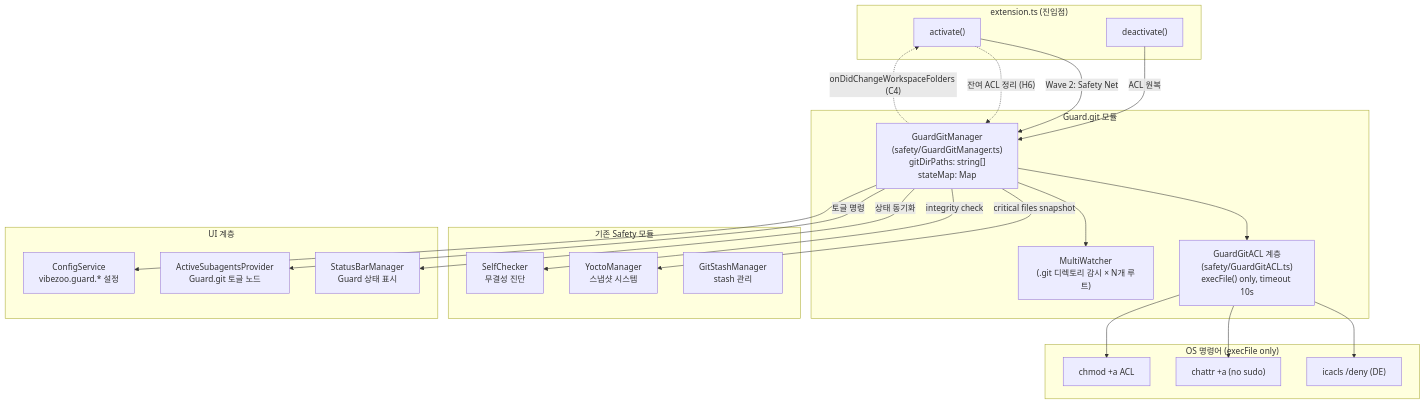
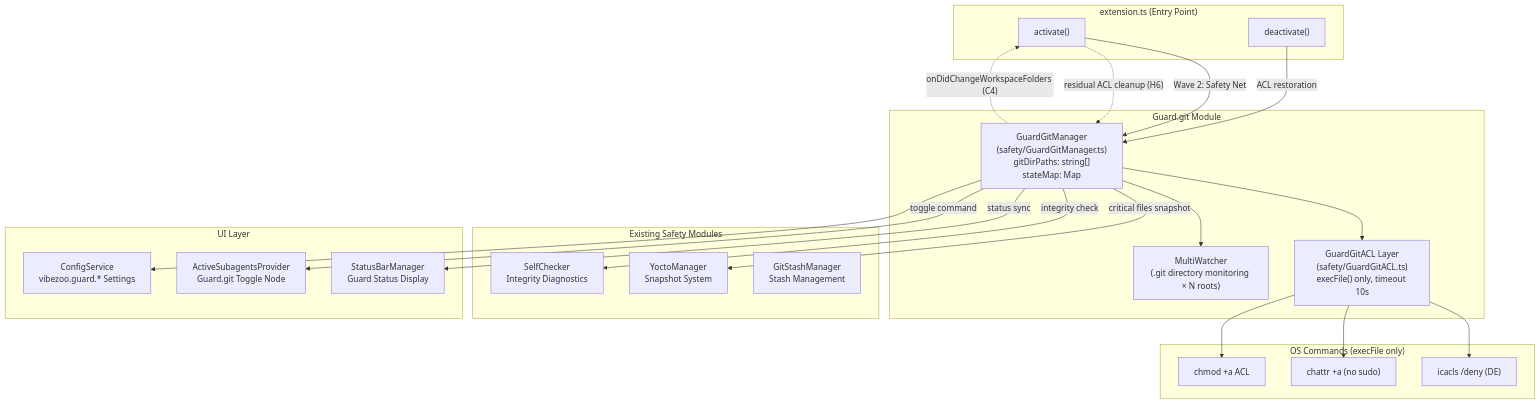
Before and after one commit to myk1yt/VibeZoo: the first of 3 diagrams in plans/guard-git-design.md, drawn with Mermaid. The commit also changed other lines of this file and 17 other files, not shown here.

````diff
--- a/plans/guard-git-design.md
+++ b/plans/guard-git-design.md
@@ -29,46 +29,46 @@
 ```mermaid
 flowchart TB
-    subgraph Extension["extension.ts (진입점)"]
+    subgraph Extension["extension.ts (Entry Point)"]
         activate["activate()"]
         deactivate["deactivate()"]
     end
 
-    subgraph GuardModule["Guard.git 모듈"]
+    subgraph GuardModule["Guard.git Module"]
         GGM["GuardGitManager<br/>(safety/GuardGitManager.ts)<br/>gitDirPaths: string[]<br/>stateMap: Map<string, GuardGitState>"]
-        ACL["GuardGitACL 계층<br/>(safety/GuardGitACL.ts)<br/>execFile() only, timeout 10s"]
-        Watcher["MultiWatcher<br/>(.git 디렉토리 감시 × N개 루트)"]
+        ACL["GuardGitACL Layer<br/>(safety/GuardGitACL.ts)<br/>execFile() only, timeout 10s"]
+        Watcher["MultiWatcher<br/>(.git directory monitoring × N roots)"]
     end
 
-    subgraph ExistingSafety["기존 Safety 모듈"]
-        Yocto["YoctoManager<br/>스냅샷 시스템"]
-        SC["SelfChecker<br/>무결성 진단"]
-        GSM["GitStashManager<br/>stash 관리"]
+    subgraph ExistingSafety["Existing Safety Modules"]
+        Yocto["YoctoManager<br/>Snapshot System"]
+        SC["SelfChecker<br/>Integrity Diagnostics"]
+        GSM["GitStashManager<br/>Stash Management"]
     end
 
-    subgraph UI["UI 계층"]
-        StatusBar["StatusBarManager<br/>Guard 상태 표시"]
-        TreeView["ActiveSubagentsProvider<br/>Guard.git 토글 노드"]
-        Config["ConfigService<br/>vibezoo.guard.* 설정"]
+    subgraph UI["UI Layer"]
+        StatusBar["StatusBarManager<br/>Guard Status Display"]
+        TreeView["ActiveSubagentsProvider<br/>Guard.git Toggle Node"]
+        Config["ConfigService<br/>vibezoo.guard.* Settings"]
     end
 
-    subgraph OSCmd["OS 명령어 (execFile only)"]
+    subgraph OSCmd["OS Commands (execFile only)"]
         Win["icacls /deny (DE)"]
         Linux["chattr +a (no sudo)"]
         Mac["chmod +a ACL"]
     end
 
     activate -->|"Wave 2: Safety Net"| GGM
     GGM --> ACL
     GGM --> Watcher
     GGM -->|"critical files snapshot"| Yocto
     GGM -->|"integrity check"| SC
-    GGM -->|"상태 동기화"| StatusBar
-    GGM -->|"토글 명령"| TreeView
+    GGM -->|"status sync"| StatusBar
+    GGM -->|"toggle command"| TreeView
     GGM --> Config
     ACL --> Win
     ACL --> Linux
     ACL --> Mac
-    activate -.->|"잔여 ACL 정리 (H6)"| GGM
-    deactivate -->|"ACL 원복"| GGM
+    activate -.->|"residual ACL cleanup (H6)"| GGM
+    deactivate -->|"ACL restoration"| GGM
     GGM -.->|"onDidChangeWorkspaceFolders (C4)"| activate
 ```
````
